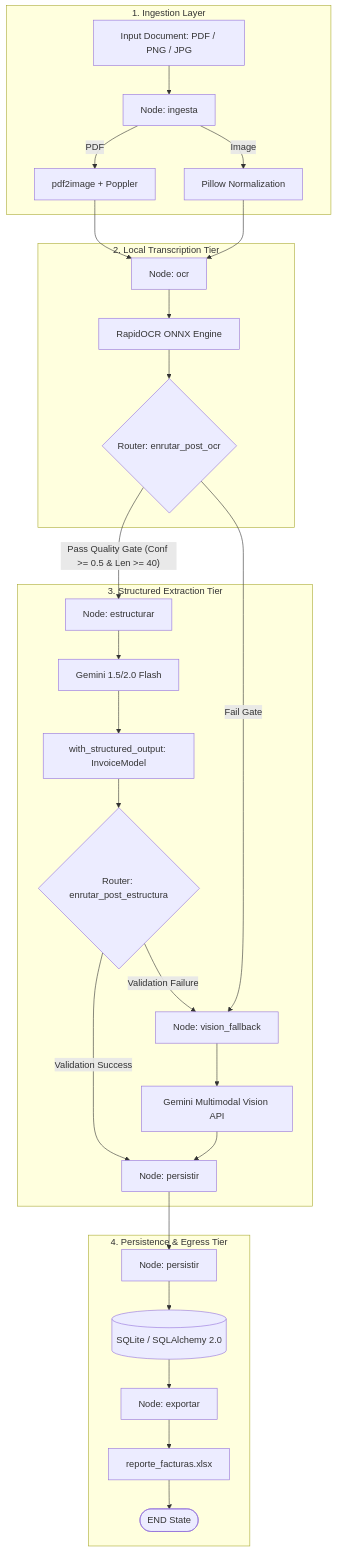
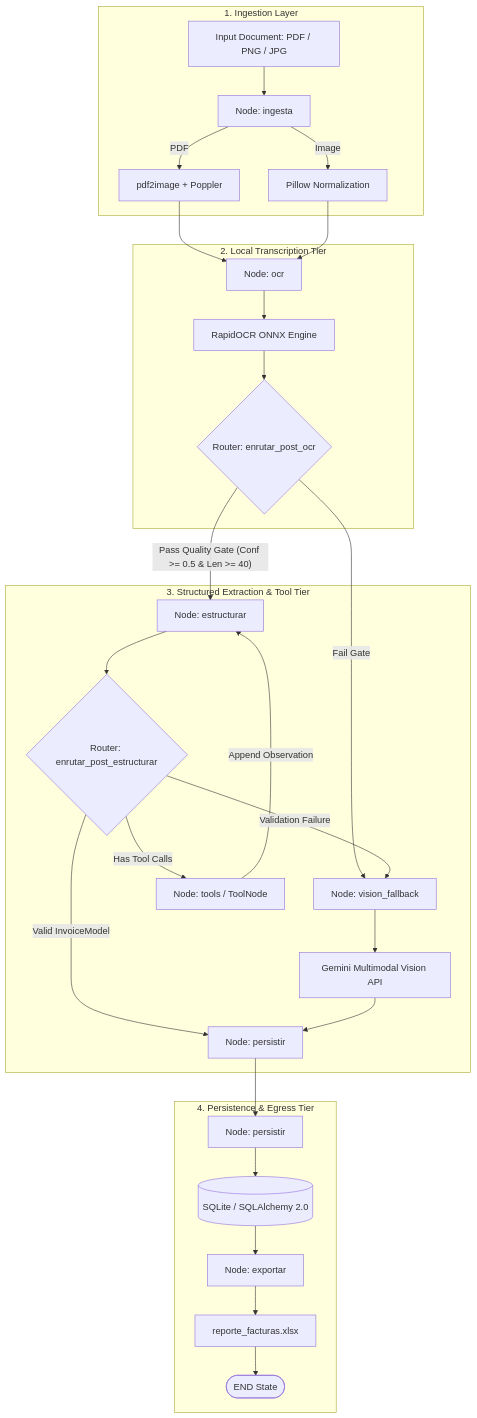
One commit to CristianMz21/invoice-ai-agent changed the third of 4 diagrams in docs/ARCHITECTURE.md. Above: the diagram before and after it, drawn with Mermaid. The commit also changed other lines of this file and 6 other files, not shown here.

Commit message:
docs: update architecture specification, quality gates, and tool routing

````diff
--- a/docs/ARCHITECTURE.md
+++ b/docs/ARCHITECTURE.md
@@ -57,37 +57,37 @@
 ```mermaid
 flowchart TD
     subgraph Ingestion["1. Ingestion Layer"]
         A[Input Document: PDF / PNG / JPG] --> B[Node: ingesta]
         B -->|PDF| B1[pdf2image + Poppler]
         B -->|Image| B2[Pillow Normalization]
     end
 
     subgraph OCR["2. Local Transcription Tier"]
         B1 & B2 --> C[Node: ocr]
         C --> C1[RapidOCR ONNX Engine]
         C1 --> D{Router: enrutar_post_ocr}
     end
 
-    subgraph Extraction["3. Structured Extraction Tier"]
+    subgraph Extraction["3. Structured Extraction & Tool Tier"]
         D -- "Pass Quality Gate (Conf >= 0.5 & Len >= 40)" --> E[Node: estructurar]
         D -- "Fail Gate" --> F[Node: vision_fallback]
         
-        E --> E1[Gemini 1.5/2.0 Flash]
-        E1 --> E2[with_structured_output: InvoiceModel]
+        E --> T{Router: enrutar_post_estructurar}
+        T -- "Has Tool Calls" --> T1[Node: tools / ToolNode]
+        T1 -->|Append Observation| E
         
-        E2 --> G{Router: enrutar_post_estructura}
-        G -- "Validation Success" --> H[Node: persistir]
-        G -- "Validation Failure" --> F
+        T -- "Valid InvoiceModel" --> H[Node: persistir]
+        T -- "Validation Failure" --> F
         
         F --> F1[Gemini Multimodal Vision API]
         F1 --> H
     end
 
     subgraph Persistence["4. Persistence & Egress Tier"]
         H --> H1[Node: persistir]
         H1 --> H2[(SQLite / SQLAlchemy 2.0)]
         H2 --> I[Node: exportar]
         I --> I1[reporte_facturas.xlsx]
         I1 --> J([END State])
     end
 ```
````
